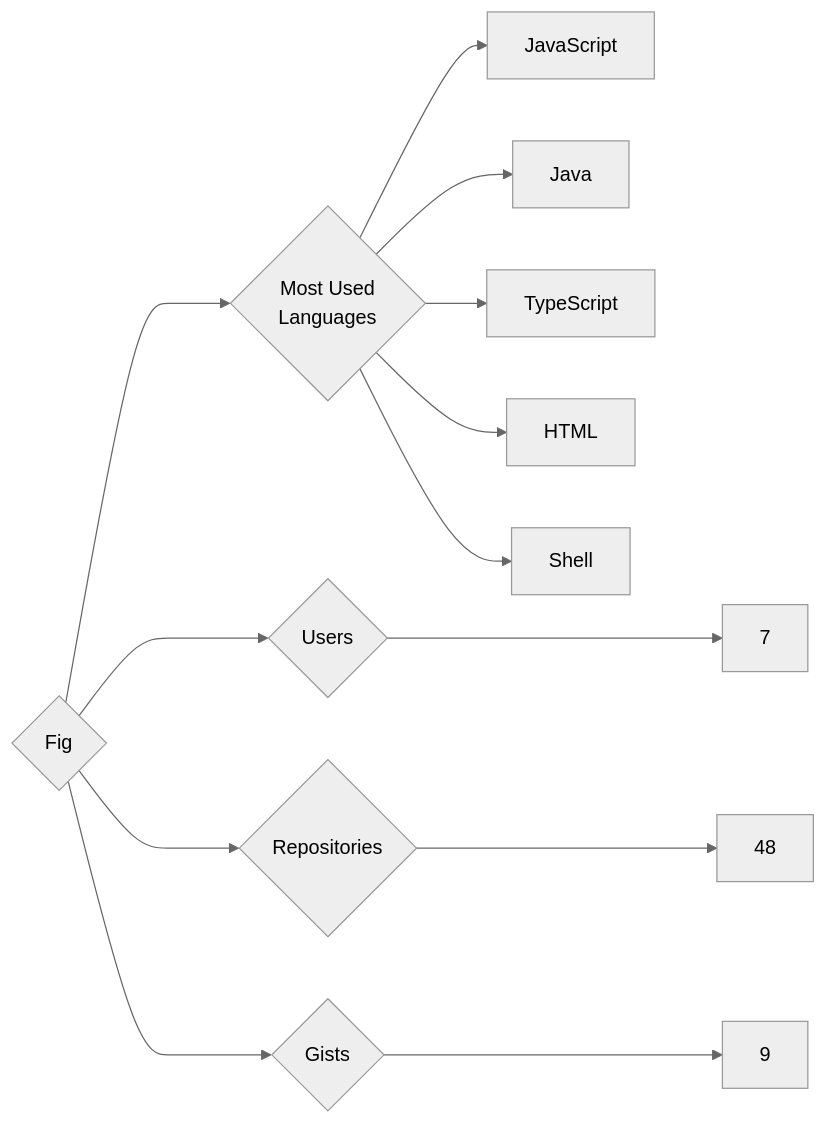
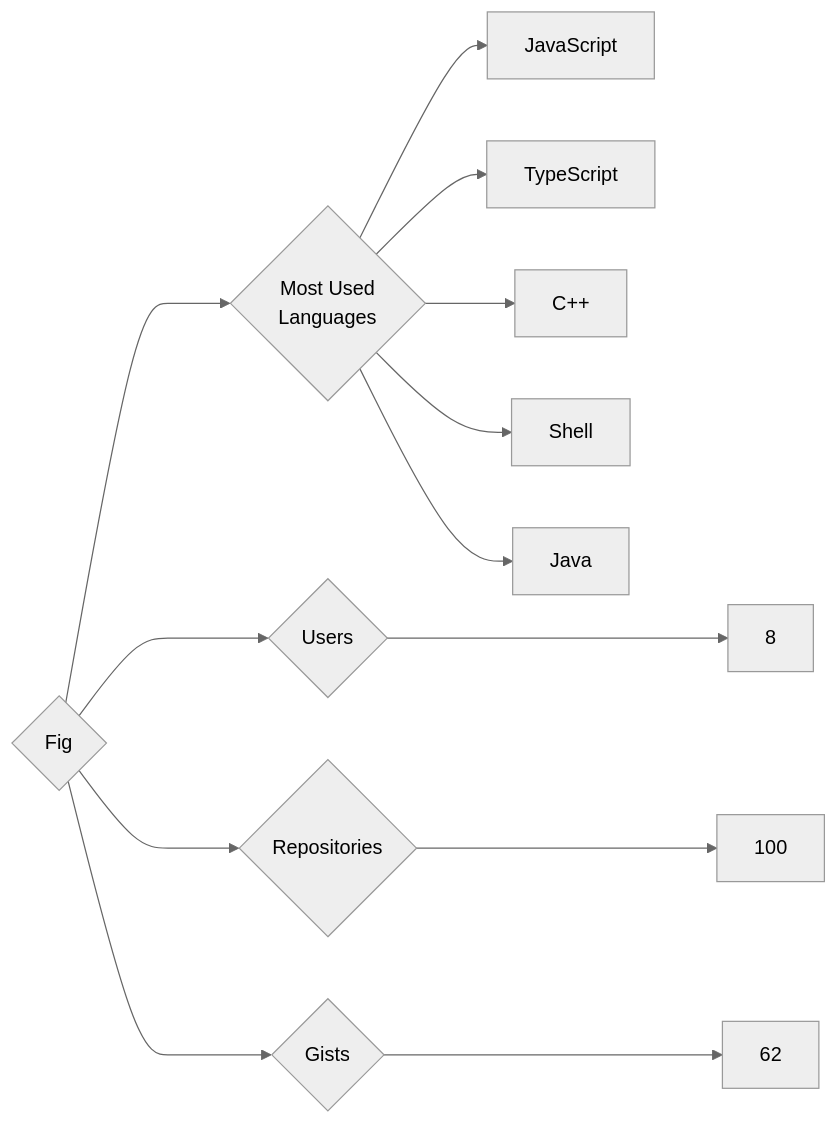
Before and after one commit to trickest/insiders: the diagram in targets/Fig/README.md, drawn with Mermaid (neutral theme). The commit also changed 935 other files, not shown here.

````diff
--- a/targets/Fig/README.md
+++ b/targets/Fig/README.md
@@ -3,13 +3,13 @@
 ```mermaid
 graph LR
 COMPANY_NAME{Fig}
-COMPANY_NAME ---> U{Users} ---> UN[7]
-COMPANY_NAME ---> R{Repositories} ---> RN[48]
-COMPANY_NAME ---> G{Gists} ---> GN[9]
+COMPANY_NAME ---> U{Users} ---> UN[8]
+COMPANY_NAME ---> R{Repositories} ---> RN[100]
+COMPANY_NAME ---> G{Gists} ---> GN[62]
 COMPANY_NAME ---> ML{Most Used<br>Languages}
 ML --> JavaScript[JavaScript]
+ML --> TypeScript[TypeScript]
+ML --> C++[C++]
+ML --> Shell[Shell]
 ML --> Java[Java]
-ML --> TypeScript[TypeScript]
-ML --> HTML[HTML]
-ML --> Shell[Shell]
 ```
````
